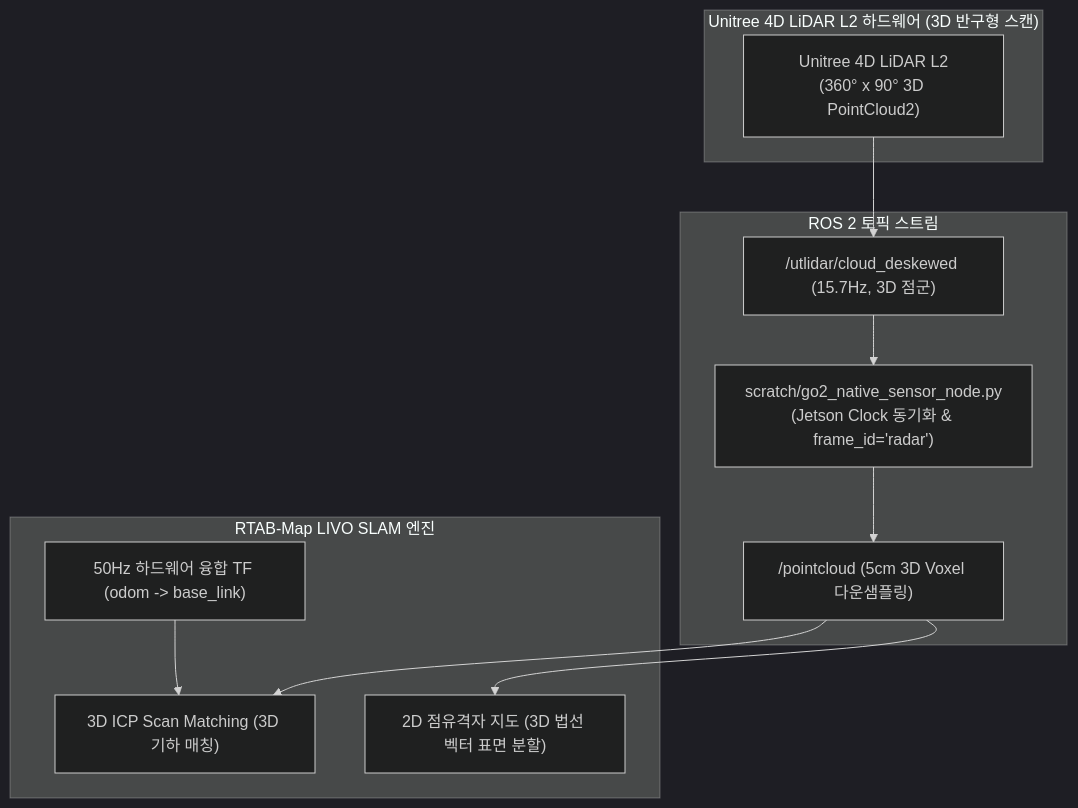
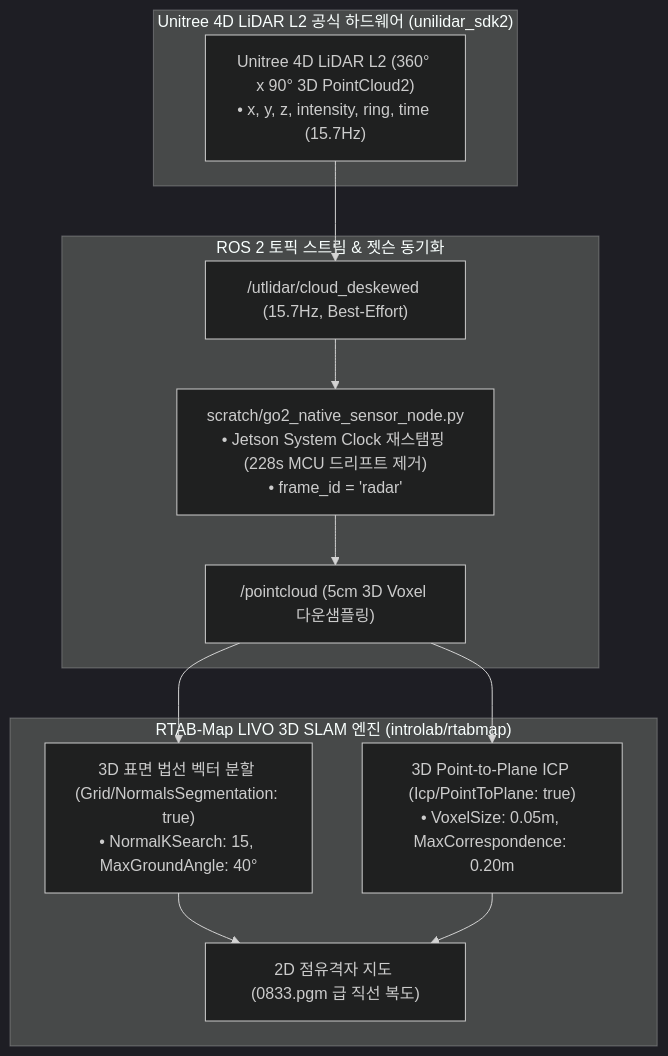
One commit to CGV-HGU/go2_ws changed the diagram in docs/master_plan/[2026-08-27]_Unitree_Go2_L2라이다_전용_RTAB-Map_파라미터_최적화_및_완벽맵핑_마스터가이드.md. Above: the diagram before and after it, drawn with Mermaid (dark theme). The commit also changed other lines of this file, not shown here.

Commit message:
docs(master_plan): update L2 LiDAR & RTAB-Map master guide with official GitHub specs, 50%+ probability root cause audit, and golden parameter suite

````diff
--- a/docs/master_plan/[2026-08-27]_Unitree_Go2_L2라이다_전용_RTAB-Map_파라미터_최적화_및_완벽맵핑_마스터가이드.md
+++ b/docs/master_plan/[2026-08-27]_Unitree_Go2_L2라이다_전용_RTAB-Map_파라미터_최적화_및_완벽맵핑_마스터가이드.md
@@ -22,21 +34,20 @@
 ```mermaid
 graph TD
-    subgraph "Unitree 4D LiDAR L2 하드웨어 (3D 반구형 스캔)"
-        LIDAR["Unitree 4D LiDAR L2<br/>(360° x 90° 3D PointCloud2)"]
+    subgraph "Unitree 4D LiDAR L2 공식 하드웨어 (unilidar_sdk2)"
+        LIDAR["Unitree 4D LiDAR L2 (360° x 90° 3D PointCloud2)<br/>• x, y, z, intensity, ring, time (15.7Hz)"]
     end
 
-    subgraph "ROS 2 토픽 스트림"
-        RAW["/utlidar/cloud_deskewed (15.7Hz, 3D 점군)"]
-        SYNC["scratch/go2_native_sensor_node.py<br/>(Jetson Clock 동기화 & frame_id='radar')"]
+    subgraph "ROS 2 토픽 스트림 & 젯슨 동기화"
+        RAW["/utlidar/cloud_deskewed (15.7Hz, Best-Effort)"]
+        SYNC["scratch/go2_native_sensor_node.py<br/>• Jetson System Clock 재스탬핑 (228s MCU 드리프트 제거)<br/>• frame_id = 'radar'"]
         TOPIC["/pointcloud (5cm 3D Voxel 다운샘플링)"]
     end
 
-    subgraph "RTAB-Map LIVO SLAM 엔진"
-        ICP["3D ICP Scan Matching (3D 기하 매칭)"]
-        GRID["2D 점유격자 지도 (3D 법선 벡터 표면 분할)"]
-        ODOM["50Hz 하드웨어 융합 TF (odom -> base_link)"]
+    subgraph "RTAB-Map LIVO 3D SLAM 엔진 (introlab/rtabmap)"
+        NORM["3D 표면 법선 벡터 분할 (Grid/NormalsSegmentation: true)<br/>• NormalKSearch: 15, MaxGroundAngle: 40°"]
+        ICP["3D Point-to-Plane ICP (Icp/PointToPlane: true)<br/>• VoxelSize: 0.05m, MaxCorrespondence: 0.20m"]
+        GRID["2D 점유격자 지도 (0833.pgm 급 직선 복도)"]
     end
 
-    LIDAR --> RAW --> SYNC --> TOPIC --> ICP & GRID
-    ODOM --> ICP
+    LIDAR --> RAW --> SYNC --> TOPIC --> NORM & ICP --> GRID
 ```
````
